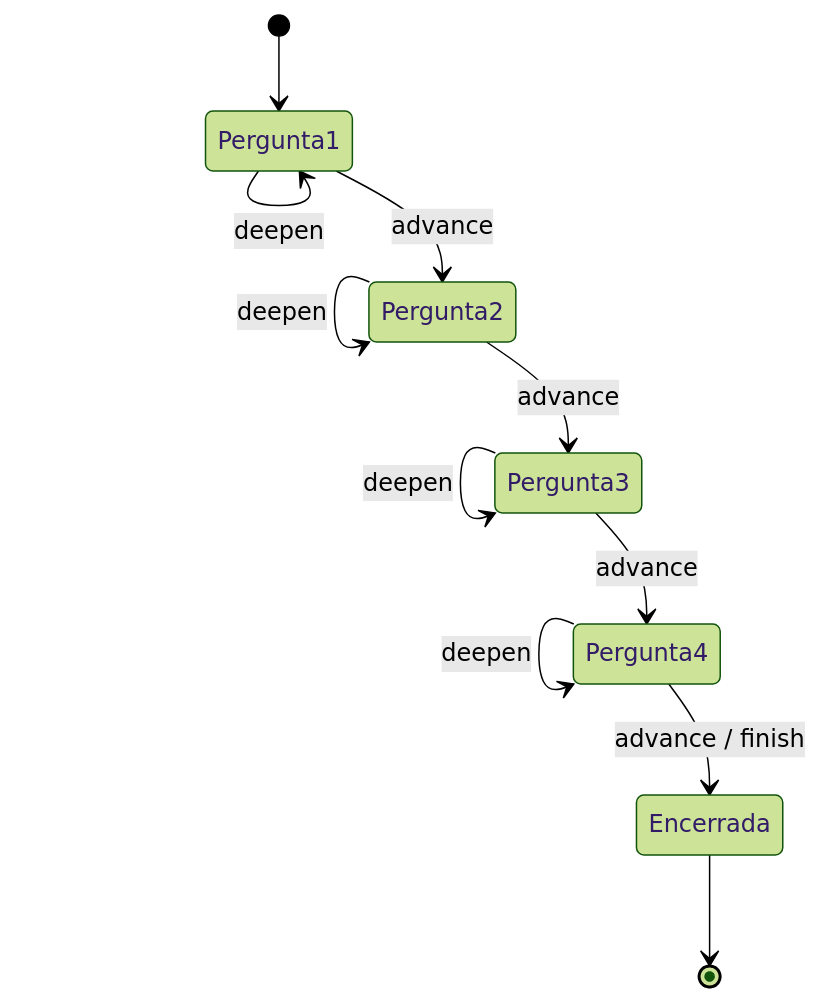
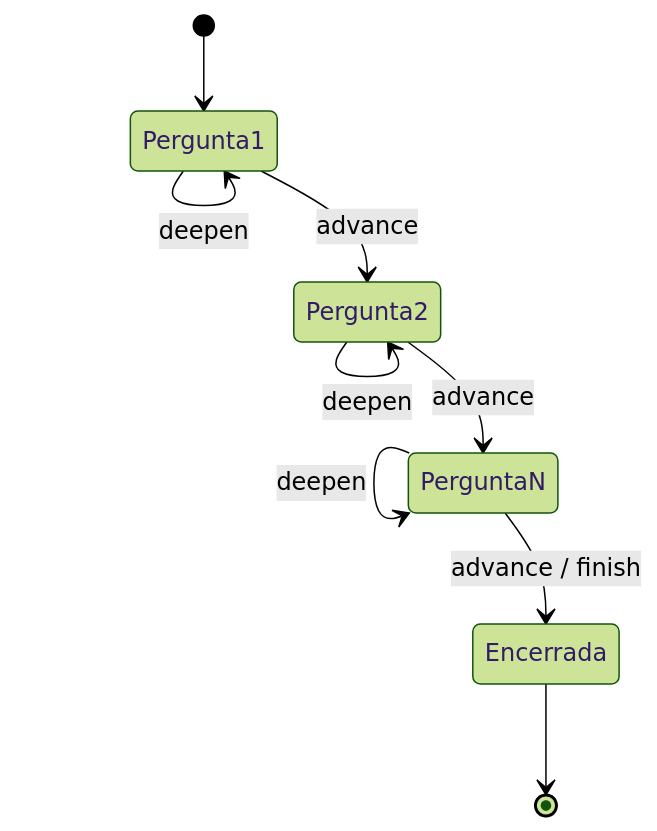
One commit to joaopaulotr/AEP-ESOFT6SA changed the fourth of 4 diagrams in README.md. Above: the diagram before and after it, drawn with Mermaid (forest theme). The commit also changed other lines of this file, not shown here.

````diff
--- a/README.md
+++ b/README.md
@@ -172,13 +211,11 @@
 ```mermaid
 stateDiagram-v2
     [*] --> Pergunta1
     Pergunta1 --> Pergunta1: deepen
     Pergunta1 --> Pergunta2: advance
     Pergunta2 --> Pergunta2: deepen
-    Pergunta2 --> Pergunta3: advance
-    Pergunta3 --> Pergunta3: deepen
-    Pergunta3 --> Pergunta4: advance
-    Pergunta4 --> Pergunta4: deepen
-    Pergunta4 --> Encerrada: advance / finish
+    Pergunta2 --> PerguntaN: advance
+    PerguntaN --> PerguntaN: deepen
+    PerguntaN --> Encerrada: advance / finish
     Encerrada --> [*]
 ```
````
